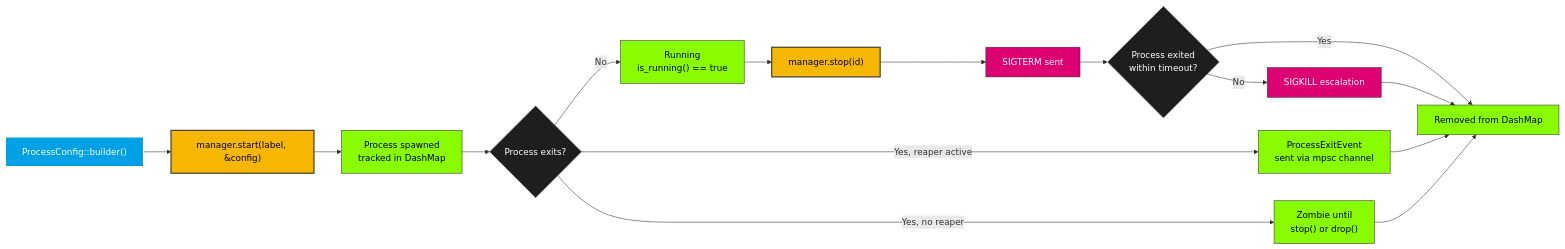
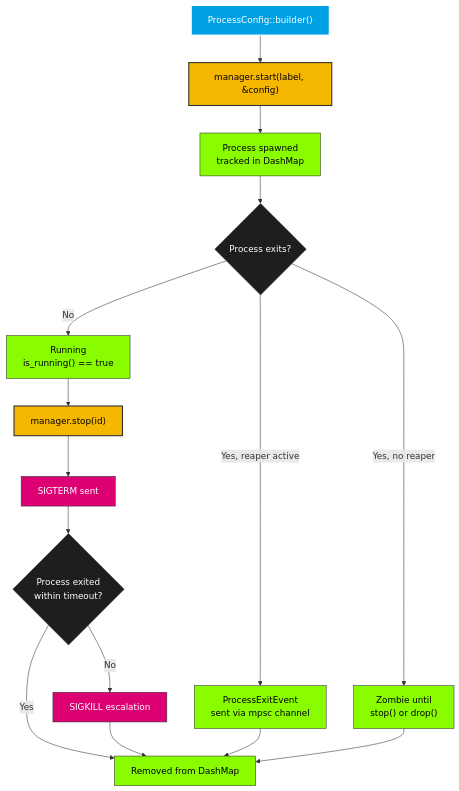
Before and after one commit to smearor/process-manager: the second of 5 diagrams in book/src/architecture.md, drawn with Mermaid. The commit also changed 19 other files, not shown here.

````diff
--- a/book/src/architecture.md
+++ b/book/src/architecture.md
@@ -58,34 +58,34 @@
 ```mermaid
-graph LR
+graph TD
     classDef default fill: #1e1e1e, stroke: #333333, stroke-width: 1px, color: #ffffff
     classDef config fill: #00a1e4, stroke: #ffffff, stroke-width: 2px, color: #ffffff
     classDef manager fill: #f5b700, stroke: #333333, stroke-width: 2px, color: #000000
     classDef state fill: #89fc00, stroke: #333333, stroke-width: 1px, color: #000
     classDef terminal fill: #dc0073, stroke: #333333, stroke-width: 1px, color: #ffffff
 
     A["ProcessConfig::builder()"] --> B["manager.start(label, &config)"]
     B --> C["Process spawned<br/>tracked in DashMap"]
     C --> D{Process exits?}
     D -->|No| E["Running<br/>is_running() == true"]
     D -->|Yes, reaper active| F["ProcessExitEvent<br/>sent via mpsc channel"]
     D -->|Yes, no reaper| G["Zombie until<br/>stop() or drop()"]
     E --> H["manager.stop(id)"]
     H --> I["SIGTERM sent"]
     I --> J{Process exited<br/>within timeout?}
     J -->|Yes| K["Removed from DashMap"]
     J -->|No| L["SIGKILL escalation"]
     L --> K
     F --> K
     G --> K
 
     class A config
     class B manager
     class C state
     class E state
     class F state
     class G state
     class H manager
     class I terminal
     class L terminal
     class K state
 ```
````
